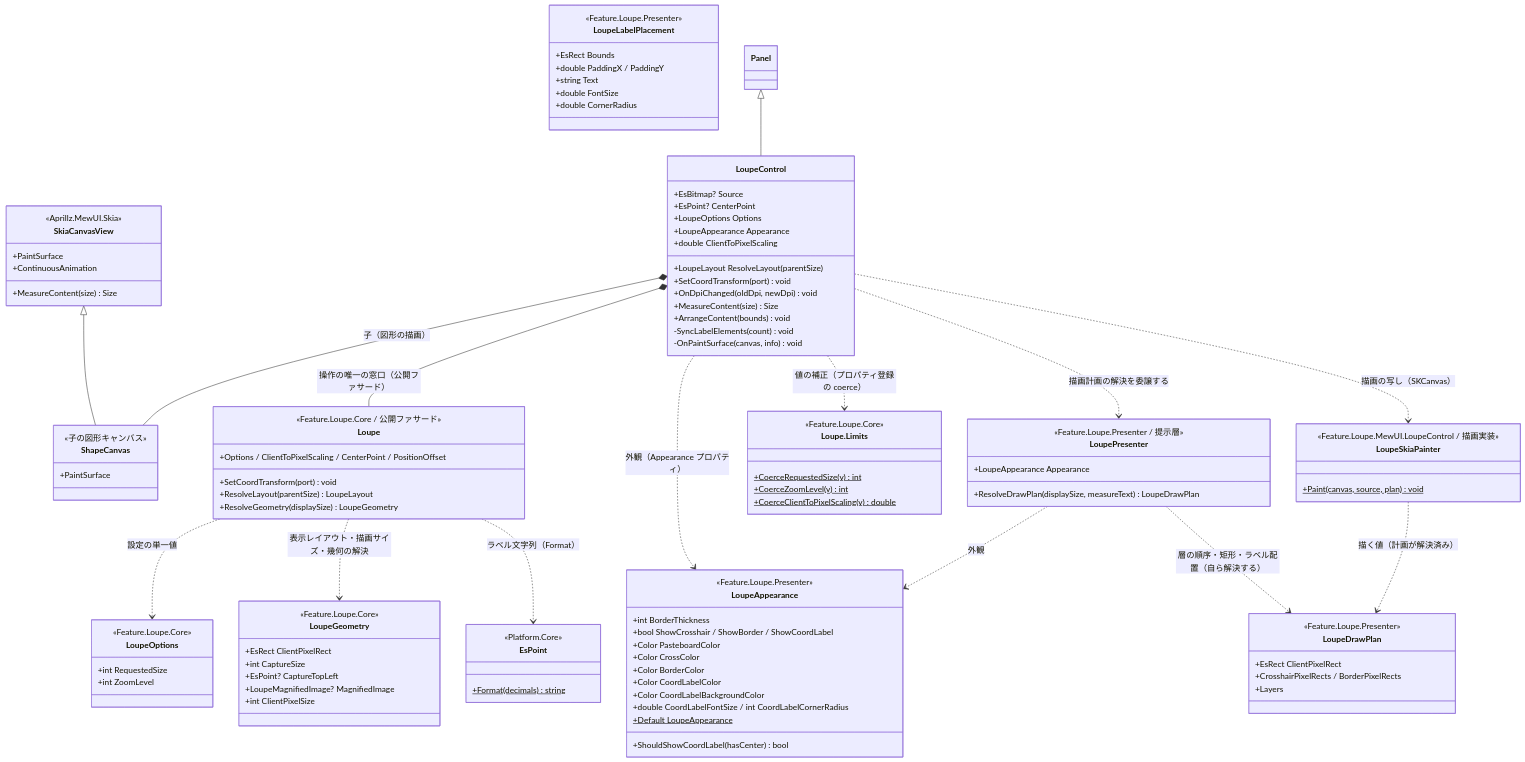
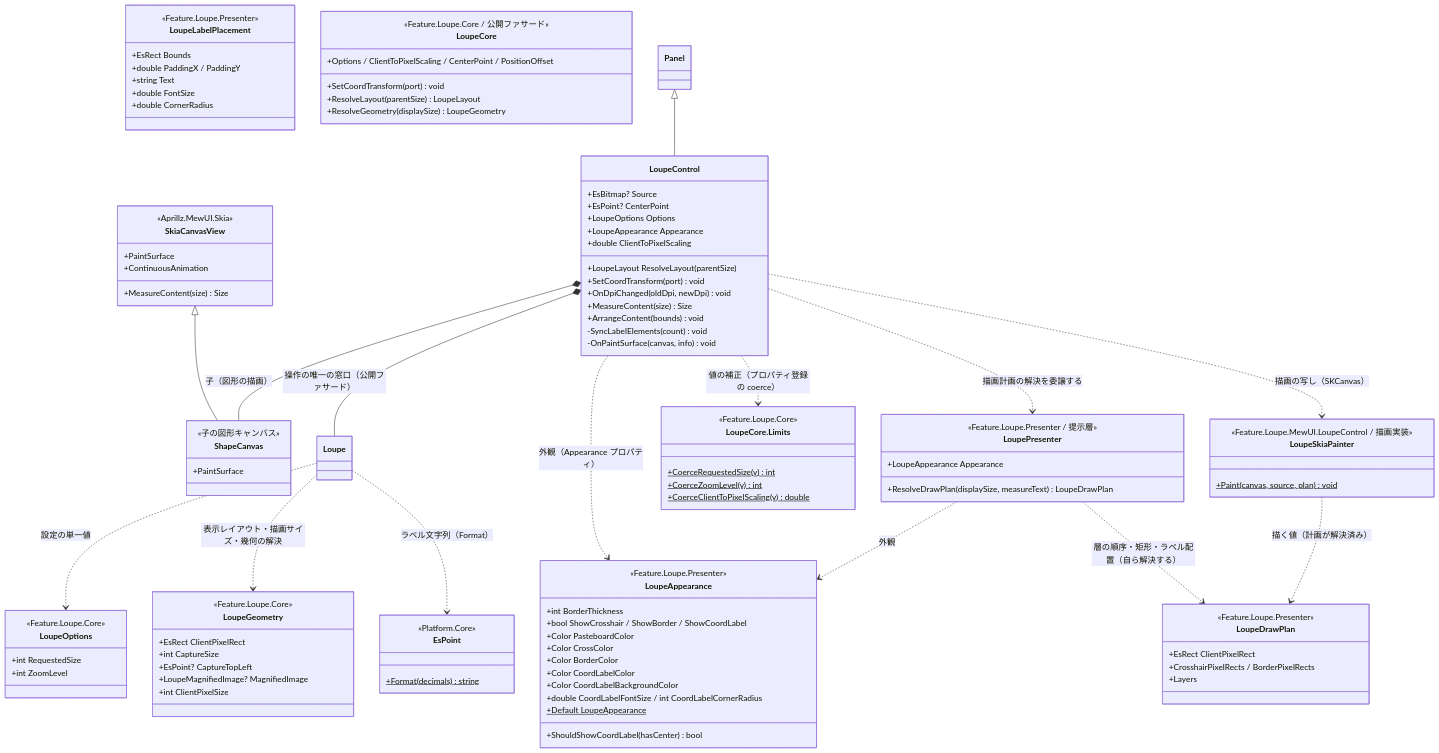
The first of 2 diagrams in src/Feature.Loupe.MewUI.LoupeControl/SPEC_System.md (tomokuni/SaveEvidence), drawn with Mermaid before and after one commit. The commit also changed 183 other files, not shown here.

First line of the commit message:
Loupe の公開型を EsUtil.Feature.Loupe へ集約し、ファサードを LoupeCore へ改名する

````diff
--- a/src/Feature.Loupe.MewUI.LoupeControl/SPEC_System.md
+++ b/src/Feature.Loupe.MewUI.LoupeControl/SPEC_System.md
@@ -125,7 +125,7 @@
         <<Feature.Loupe.MewUI.LoupeControl / 描画実装>>
         +Paint(canvas, source, plan) void$
     }
-    class Loupe.Limits {
+    class LoupeCore.Limits {
         <<Feature.Loupe.Core>>
         +CoerceRequestedSize(v) int$
         +CoerceZoomLevel(v) int$
@@ -153,7 +153,7 @@
         +double FontSize
         +double CornerRadius
     }
-    class Loupe {
+    class LoupeCore {
         <<Feature.Loupe.Core / 公開ファサード>>
         +Options / ClientToPixelScaling / CenterPoint / PositionOffset
         +SetCoordTransform(port) void
@@ -176,7 +176,7 @@
     LoupePresenter ..> LoupeDrawPlan : 層の順序・矩形・ラベル配置（自ら解決する）
     LoupeSkiaPainter ..> LoupeDrawPlan : 描く値（計画が解決済み）
     Loupe ..> LoupeOptions : 設定の単一値
-    LoupeControl ..> Loupe.Limits : 値の補正（プロパティ登録の coerce）
+    LoupeControl ..> LoupeCore.Limits : 値の補正（プロパティ登録の coerce）
     Loupe ..> LoupeGeometry : 表示レイアウト・描画サイズ・幾何の解決
     Loupe ..> EsPoint : ラベル文字列（Format）
 ```
````
